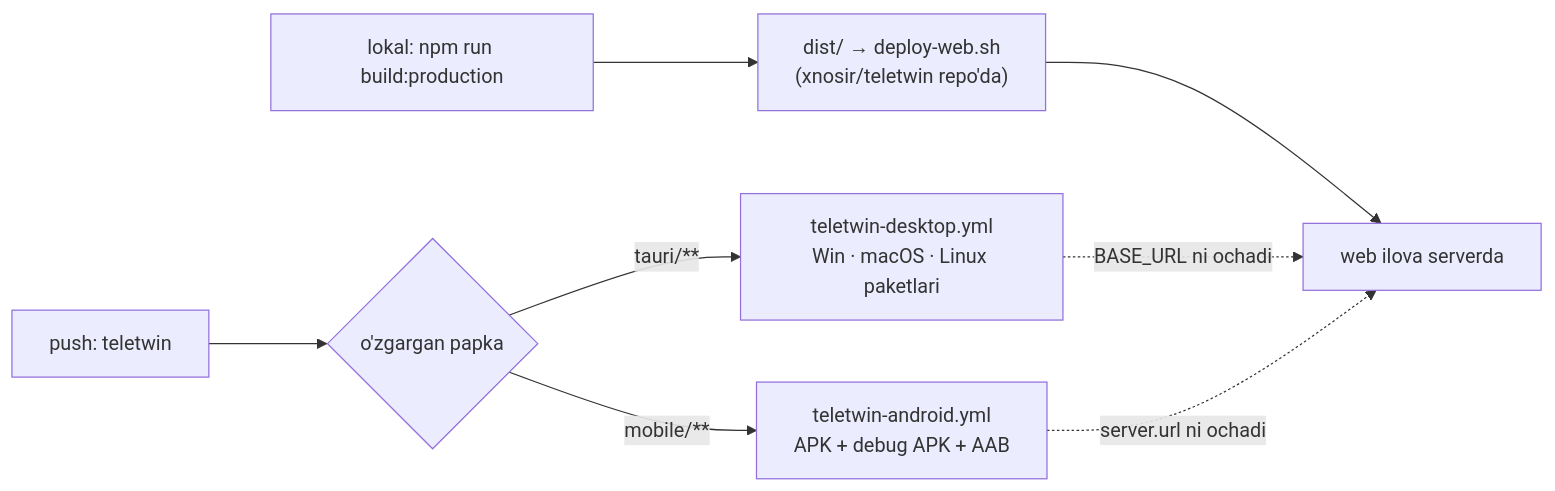
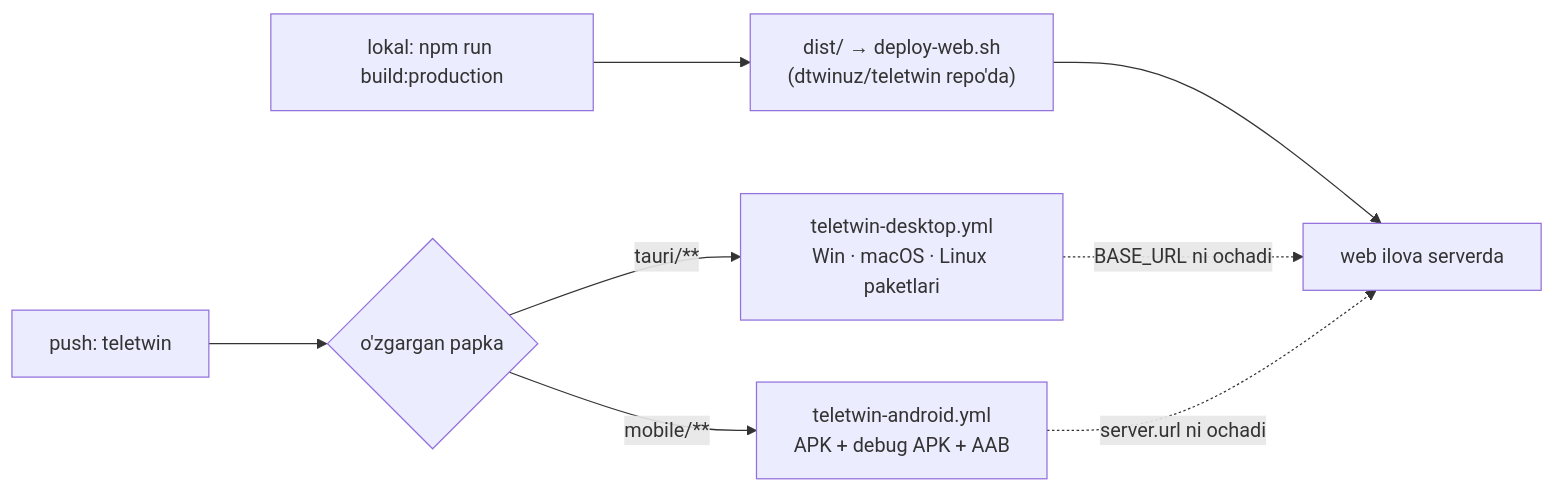
Before and after one commit to XakimovNosirbek/teletwin-web: the third of 3 diagrams in README.md, drawn with Mermaid. The commit also changed other lines of this file, not shown here.

First line of the commit message:
docs: point references to the dtwinuz organization (#26)

````diff
--- a/README.md
+++ b/README.md
@@ -267,10 +267,10 @@
 ```mermaid
 flowchart LR
   C["push: teletwin"] --> D{"o'zgargan papka"}
   D -- "tauri/**" --> TD["teletwin-desktop.yml<br/>Win · macOS · Linux paketlari"]
   D -- "mobile/**" --> TA["teletwin-android.yml<br/>APK + debug APK + AAB"]
-  L["lokal: npm run build:production"] --> WEB["dist/ → deploy-web.sh<br/>(xnosir/teletwin repo'da)"]
+  L["lokal: npm run build:production"] --> WEB["dist/ → deploy-web.sh<br/>(dtwinuz/teletwin repo'da)"]
   WEB --> H["web ilova serverda"]
   TD -. "BASE_URL ni ochadi" .-> H
   TA -. "server.url ni ochadi" .-> H
 ```
````
